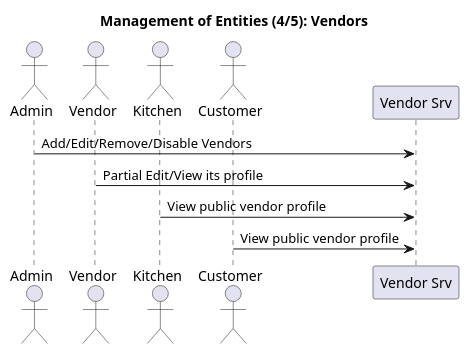
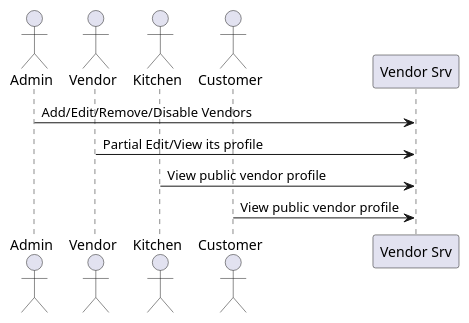
The diagram in sequence-diagrams/puml/vendor.puml (icedhacker/architecture-katas), drawn with PlantUML before and after one commit.

```diff
--- a/sequence-diagrams/puml/vendor.puml
+++ b/sequence-diagrams/puml/vendor.puml
@@ -1,16 +1,15 @@
 @startuml
-title: Management of Entities (4/5): Vendors
 
 actor "Admin" as A
 actor "Vendor" as V
 actor "Kitchen" as K
 actor "Customer" as U
 
 participant "Vendor Srv" as Vsrv
 
 
 A -> Vsrv: Add/Edit/Remove/Disable Vendors
 V -> Vsrv: Partial Edit/View its profile
 K -> Vsrv: View public vendor profile
 U -> Vsrv: View public vendor profile
 @enduml
```
